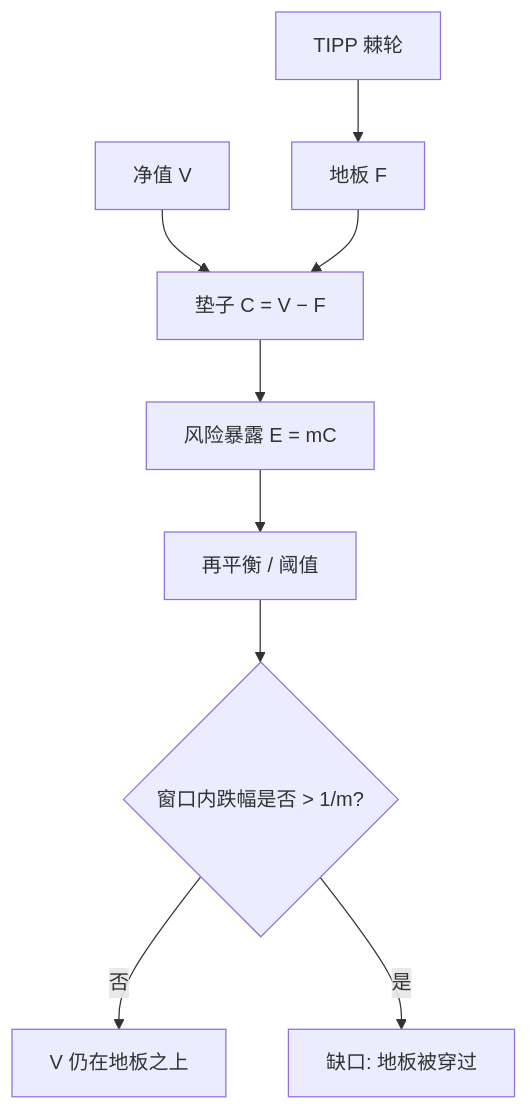
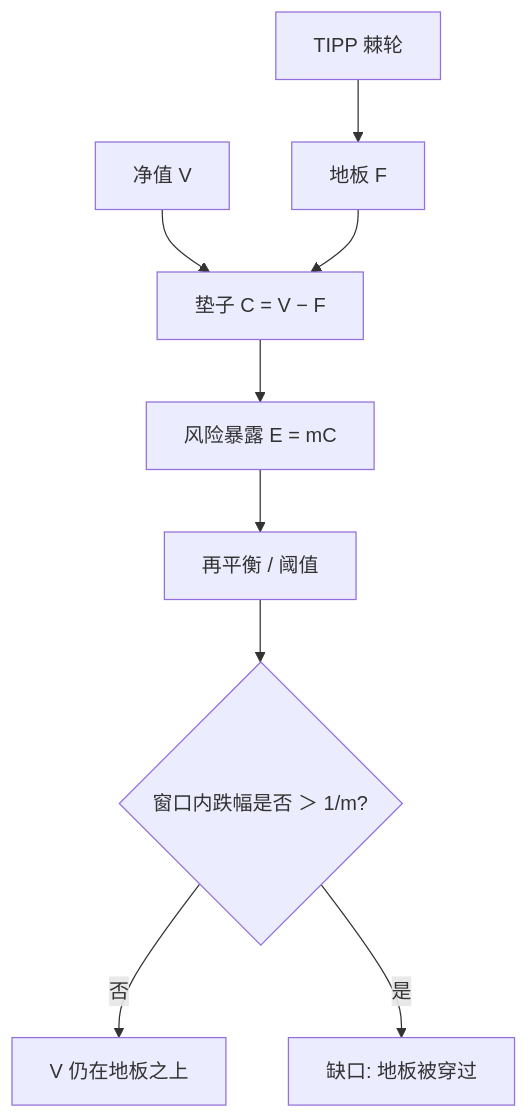
Before and after one commit to xhongduo-tech/xhongduo-tech.github.io: the second of 2 diagrams in docs/quant/cppi-tipp.md, drawn with Mermaid. The commit also changed 291 other files, not shown here.

Commit message:
Normalize lesson titles to tree names and repair mermaid arrow/quote syntax site-wide.

````diff
--- a/docs/quant/cppi-tipp.md
+++ b/docs/quant/cppi-tipp.md
@@ -74,11 +74,11 @@
 ```mermaid
 flowchart TD
   V["净值 V"] --> C["垫子 C = V − F"]
   F["地板 F"] --> C
   C --> E["风险暴露 E = mC"]
   E --> RB["再平衡 / 阈值"]
-  RB --> GAP{"窗口内跌幅是否 > 1/m?"}
+  RB --> GAP{"窗口内跌幅是否 ＞ 1/m?"}
   GAP -->|否| HOLD["V 仍在地板之上"]
   GAP -->|是| BRK["缺口: 地板被穿过"]
   TIPP["TIPP 棘轮"] --> F
 ```
````
